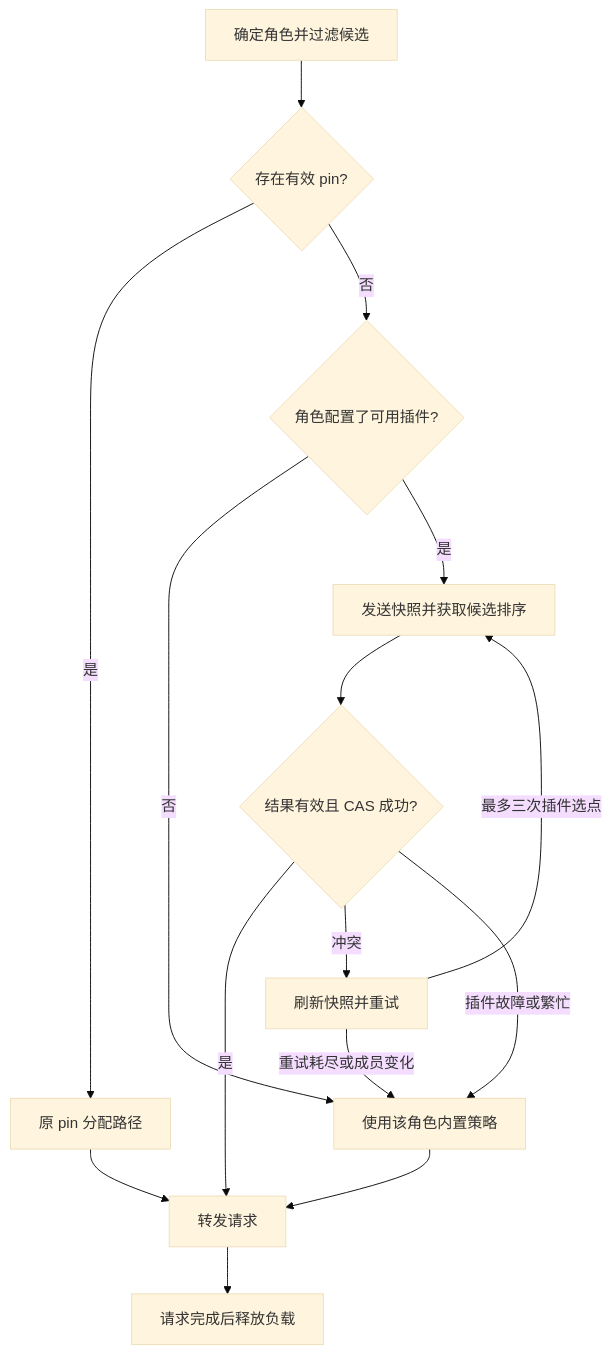
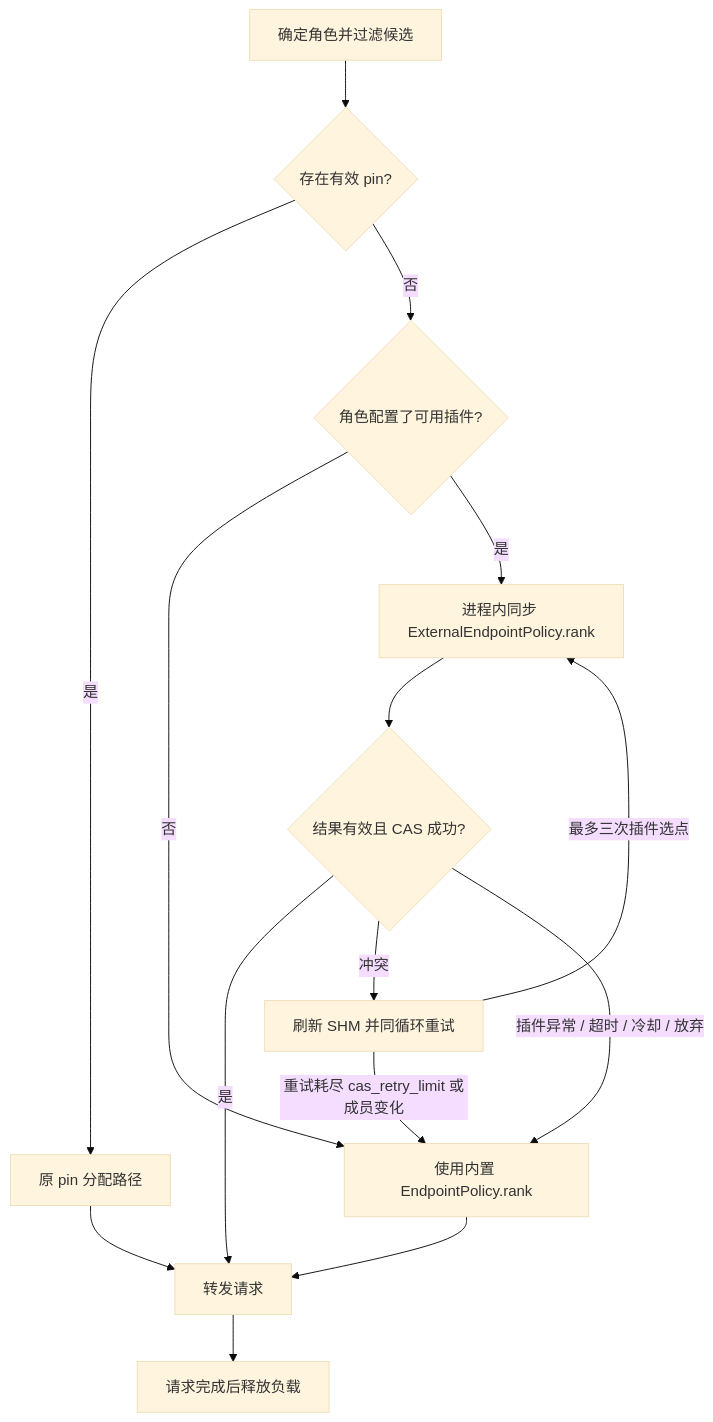
Before and after one commit to Lyr-GW/MindIE-PyMotor: the second of 2 diagrams in docs/zh/design/scheduler_policy_plugin.md, drawn with Mermaid (base theme). The commit also changed other lines of this file and 10 other files, not shown here.

````diff
--- a/docs/zh/design/scheduler_policy_plugin.md
+++ b/docs/zh/design/scheduler_policy_plugin.md
@@ -120,17 +117,17 @@
 ```mermaid
 flowchart TD
     A[确定角色并过滤候选] --> B{存在有效 pin?}
     B -->|是| C[原 pin 分配路径]
     B -->|否| D{角色配置了可用插件?}
-    D -->|否| E[使用该角色内置策略]
-    D -->|是| F[发送快照并获取候选排序]
+    D -->|否| E[使用内置 EndpointPolicy.rank]
+    D -->|是| F[进程内同步 ExternalEndpointPolicy.rank]
     F --> G{结果有效且 CAS 成功?}
     G -->|是| H[转发请求]
-    G -->|冲突| I[刷新快照并重试]
+    G -->|冲突| I[刷新 SHM 并同循环重试]
     I -->|最多三次插件选点| F
-    I -->|重试耗尽或成员变化| E
-    G -->|插件故障或繁忙| E
+    I -->|重试耗尽 cas_retry_limit 或成员变化| E
+    G -->|插件异常 / 超时 / 冷却 / 放弃| E
     C --> H
     E --> H
     H --> J[请求完成后释放负载]
 ```
````
